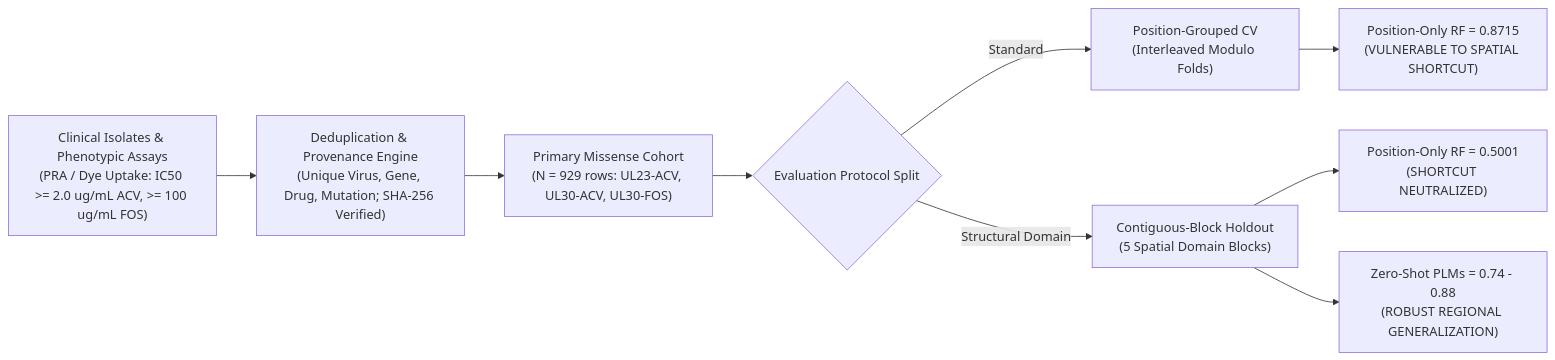
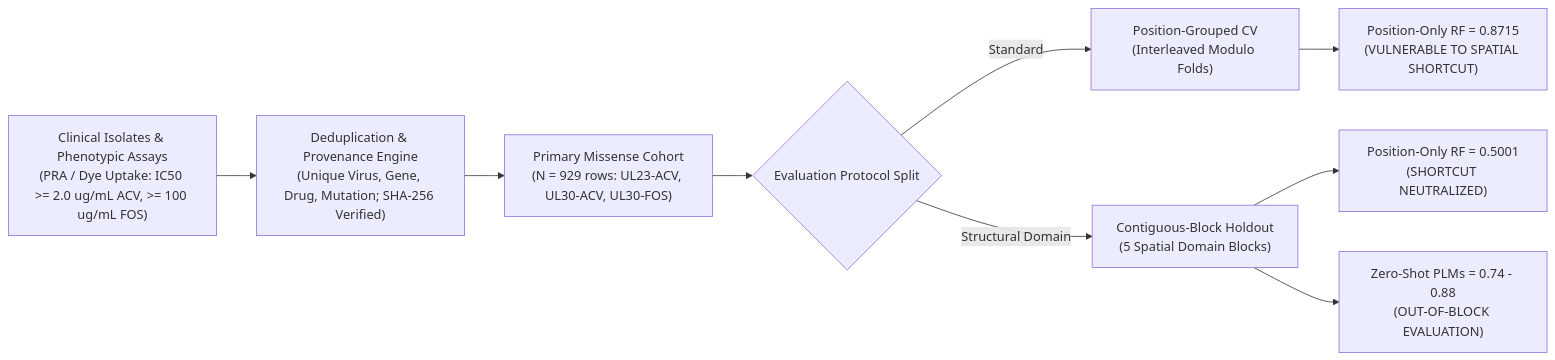
The first of 4 diagrams in manuscript/manuscript_draft.md (Shubham142856/antiviral-resistance-hsv-), drawn with Mermaid before and after one commit. The commit also changed other lines of this file and 5 other files, not shown here.

````diff
--- a/manuscript/manuscript_draft.md
+++ b/manuscript/manuscript_draft.md
@@ -27,11 +24,11 @@
 ```mermaid
 flowchart LR
     A["Clinical Isolates & Phenotypic Assays<br/>(PRA / Dye Uptake: IC50 >= 2.0 ug/mL ACV, >= 100 ug/mL FOS)"] --> B["Deduplication & Provenance Engine<br/>(Unique Virus, Gene, Drug, Mutation; SHA-256 Verified)"]
     B --> C["Primary Missense Cohort<br/>(N = 929 rows: UL23-ACV, UL30-ACV, UL30-FOS)"]
     C --> D{"Evaluation Protocol Split"}
     D -->|"Standard"| E["Position-Grouped CV<br/>(Interleaved Modulo Folds)"]
     D -->|"Structural Domain"| F["Contiguous-Block Holdout<br/>(5 Spatial Domain Blocks)"]
     E --> G["Position-Only RF = 0.8715<br/>(VULNERABLE TO SPATIAL SHORTCUT)"]
     F --> H["Position-Only RF = 0.5001<br/>(SHORTCUT NEUTRALIZED)"]
-    F --> I["Zero-Shot PLMs = 0.74 - 0.88<br/>(ROBUST REGIONAL GENERALIZATION)"]
+    F --> I["Zero-Shot PLMs = 0.74 - 0.88<br/>(OUT-OF-BLOCK EVALUATION)"]
 ```
````
